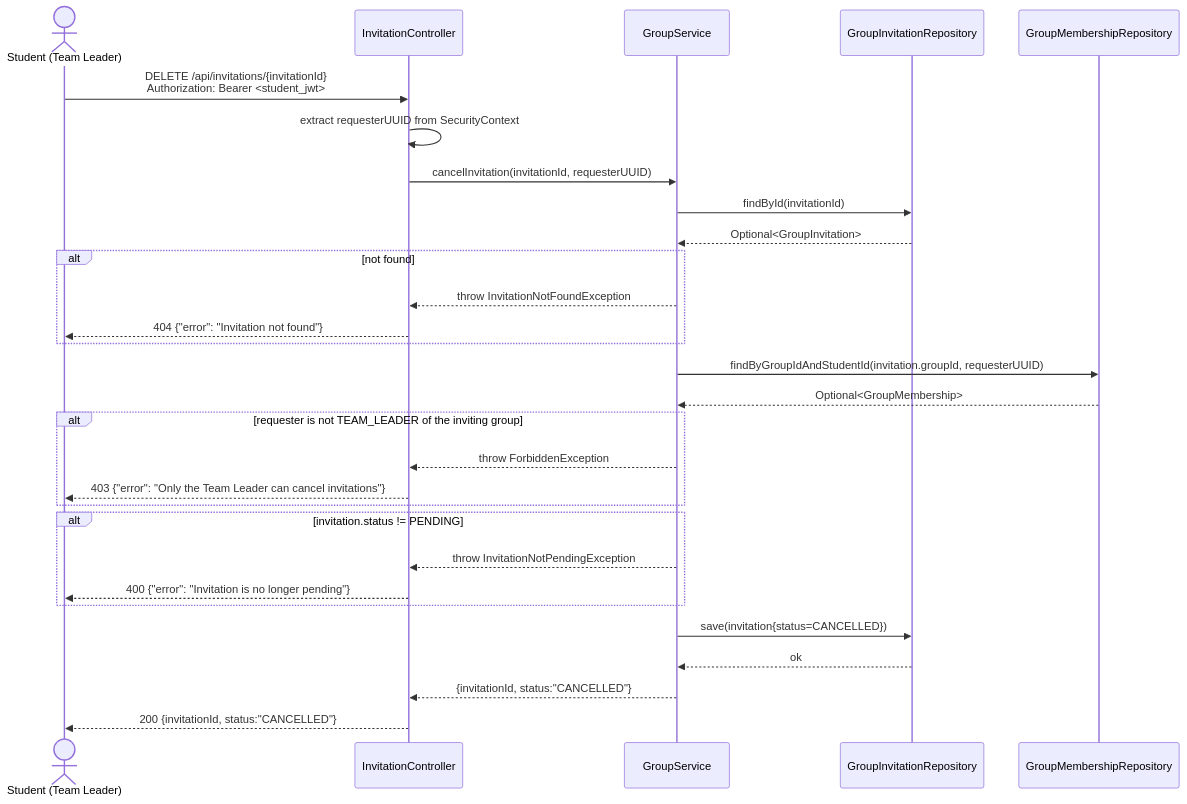
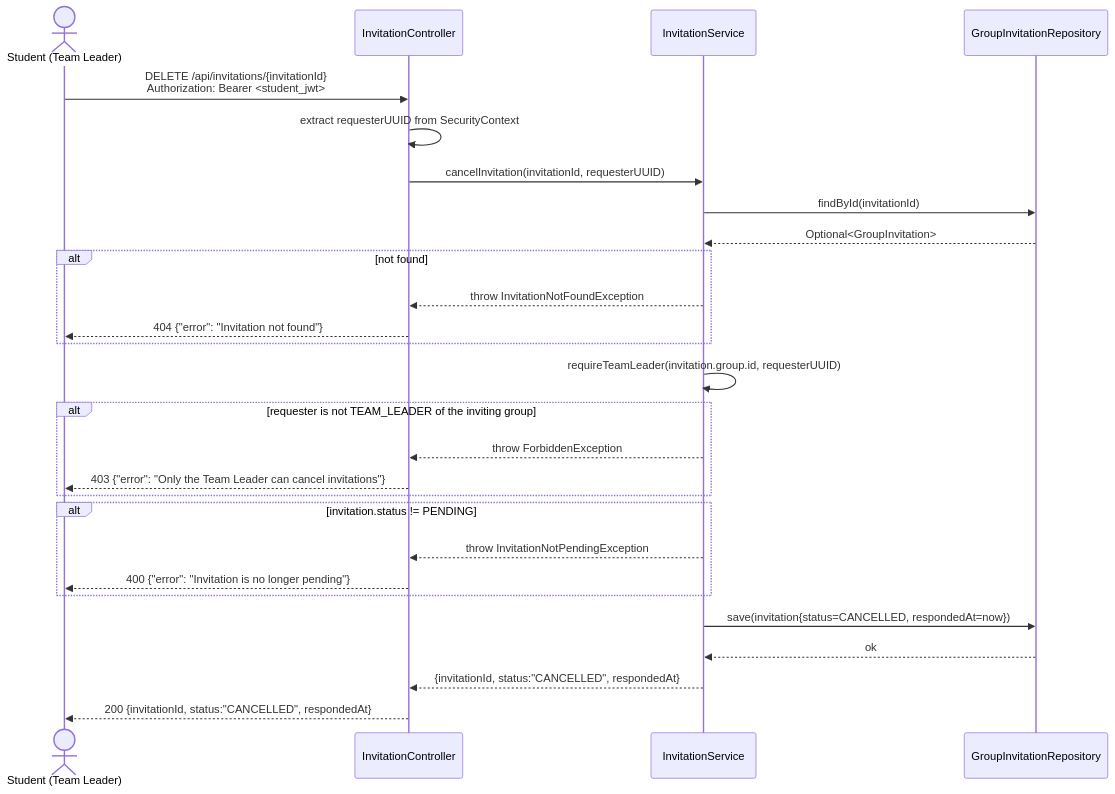
One commit to SE3318-Spring-2025-2026/senior-app-6 changed the fourth of 4 diagrams in docs/process2/sequences/2.2_invitation_send_p2.md. Above: the diagram before and after it, drawn with Mermaid. The commit also changed other lines of this file and 13 other files, not shown here.

````diff
--- a/docs/process2/sequences/2.2_invitation_send_p2.md
+++ b/docs/process2/sequences/2.2_invitation_send_p2.md
@@ -152,40 +161,38 @@
 ```mermaid
 sequenceDiagram
     actor Student as Student (Team Leader)
     participant InvitationController
-    participant GroupService
+    participant InvitationService
     participant GroupInvitationRepository
-    participant GroupMembershipRepository
 
     Student->>InvitationController: DELETE /api/invitations/{invitationId}<br/>Authorization: Bearer <student_jwt>
 
     InvitationController->>InvitationController: extract requesterUUID from SecurityContext
-    InvitationController->>GroupService: cancelInvitation(invitationId, requesterUUID)
+    InvitationController->>InvitationService: cancelInvitation(invitationId, requesterUUID)
 
-    GroupService->>GroupInvitationRepository: findById(invitationId)
-    GroupInvitationRepository-->>GroupService: Optional<GroupInvitation>
+    InvitationService->>GroupInvitationRepository: findById(invitationId)
+    GroupInvitationRepository-->>InvitationService: Optional<GroupInvitation>
 
     alt not found
-        GroupService-->>InvitationController: throw InvitationNotFoundException
+        InvitationService-->>InvitationController: throw InvitationNotFoundException
         InvitationController-->>Student: 404 {"error": "Invitation not found"}
     end
 
-    GroupService->>GroupMembershipRepository: findByGroupIdAndStudentId(invitation.groupId, requesterUUID)
-    GroupMembershipRepository-->>GroupService: Optional<GroupMembership>
+    InvitationService->>InvitationService: requireTeamLeader(invitation.group.id, requesterUUID)
 
     alt requester is not TEAM_LEADER of the inviting group
-        GroupService-->>InvitationController: throw ForbiddenException
+        InvitationService-->>InvitationController: throw ForbiddenException
         InvitationController-->>Student: 403 {"error": "Only the Team Leader can cancel invitations"}
     end
 
     alt invitation.status != PENDING
-        GroupService-->>InvitationController: throw InvitationNotPendingException
+        InvitationService-->>InvitationController: throw InvitationNotPendingException
         InvitationController-->>Student: 400 {"error": "Invitation is no longer pending"}
     end
 
-    GroupService->>GroupInvitationRepository: save(invitation{status=CANCELLED})
-    GroupInvitationRepository-->>GroupService: ok
+    InvitationService->>GroupInvitationRepository: save(invitation{status=CANCELLED, respondedAt=now})
+    GroupInvitationRepository-->>InvitationService: ok
 
-    GroupService-->>InvitationController: {invitationId, status:"CANCELLED"}
-    InvitationController-->>Student: 200 {invitationId, status:"CANCELLED"}
+    InvitationService-->>InvitationController: {invitationId, status:"CANCELLED", respondedAt}
+    InvitationController-->>Student: 200 {invitationId, status:"CANCELLED", respondedAt}
 ```
````
